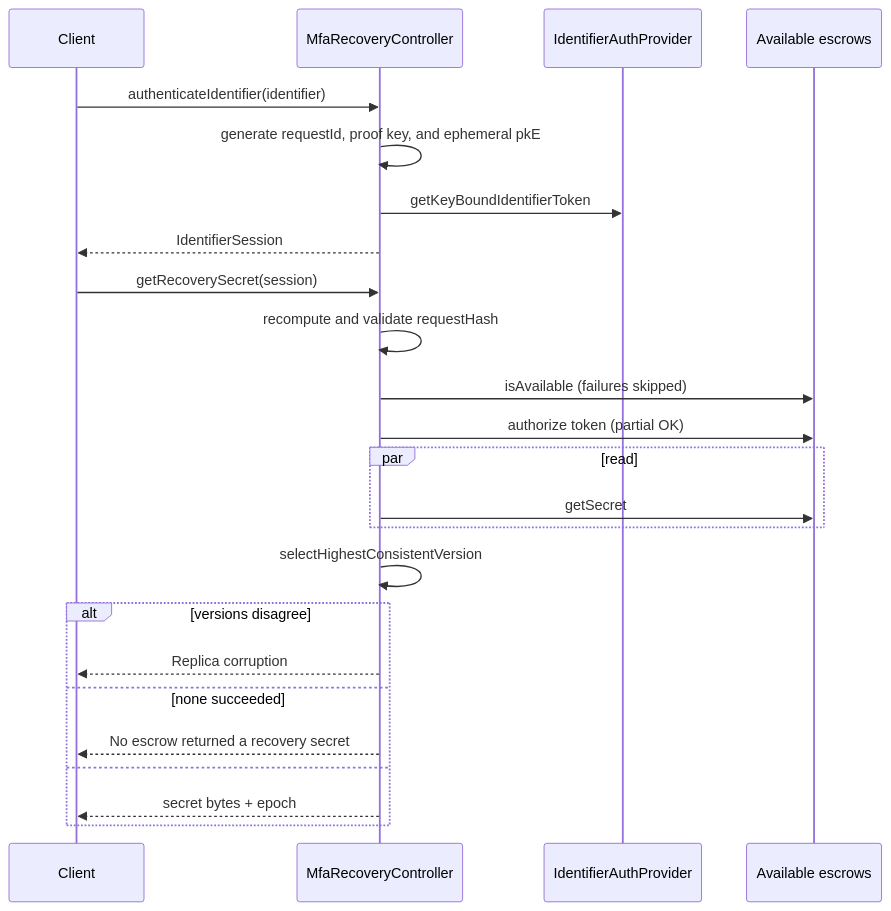
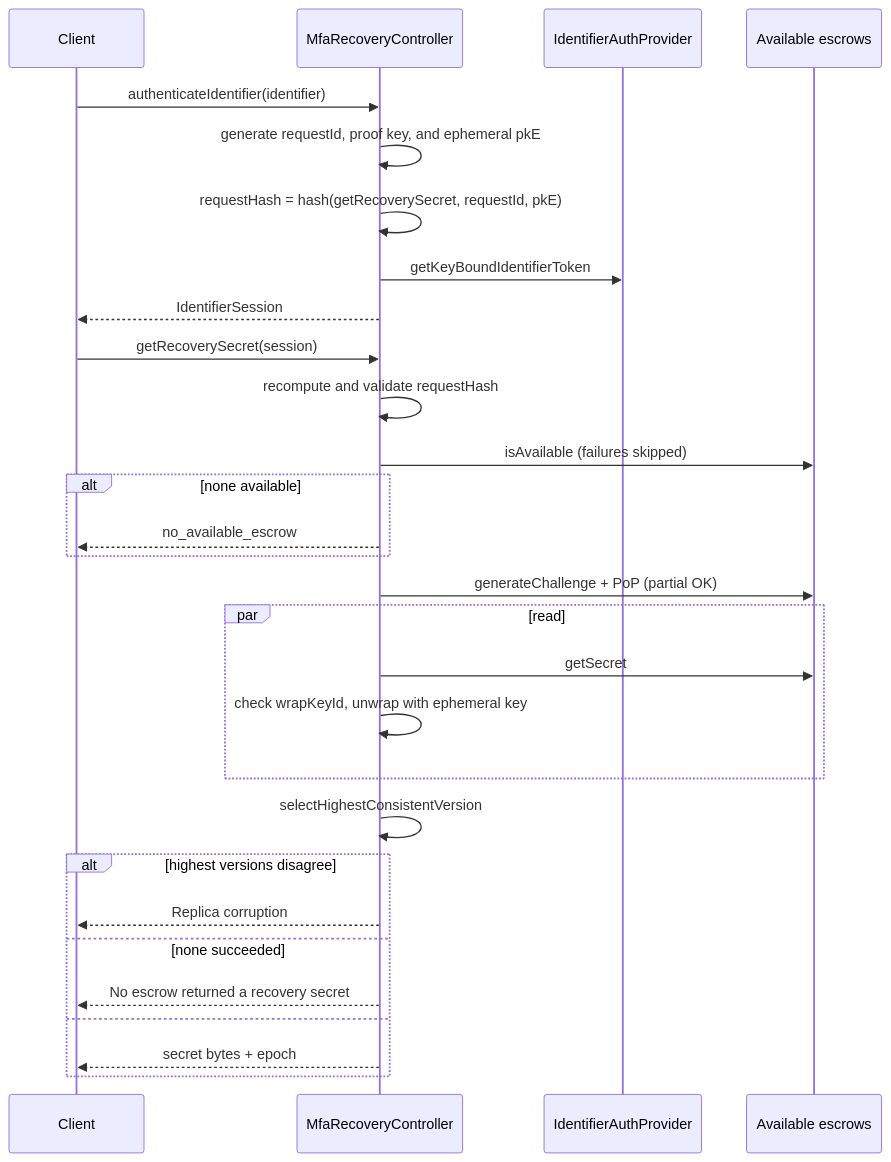
The fifth of 7 diagrams in packages/mfa-recovery-controller/ARCHITECTURE.md (MetaMask/core), drawn with Mermaid before and after one commit. The commit also changed other lines of this file, not shown here.

First line of the commit message:
docs: enhance architecture documentation for mfa-recovery-controller

````diff
--- a/packages/mfa-recovery-controller/ARCHITECTURE.md
+++ b/packages/mfa-recovery-controller/ARCHITECTURE.md
@@ -196,27 +276,32 @@
 ```mermaid
 sequenceDiagram
   participant C as Client
   participant M as MfaRecoveryController
   participant I as IdentifierAuthProvider
   participant E as Available escrows
 
   C->>M: authenticateIdentifier(identifier)
   M->>M: generate requestId, proof key, and ephemeral pkE
+  M->>M: requestHash = hash(getRecoverySecret, requestId, pkE)
   M->>I: getKeyBoundIdentifierToken
   M-->>C: IdentifierSession
   C->>M: getRecoverySecret(session)
   M->>M: recompute and validate requestHash
   M->>E: isAvailable (failures skipped)
-  M->>E: authorize token (partial OK)
+  alt none available
+    M-->>C: no_available_escrow
+  end
+  M->>E: generateChallenge + PoP (partial OK)
   par read
     M->>E: getSecret
+    M->>M: check wrapKeyId, unwrap with ephemeral key
   end
   M->>M: selectHighestConsistentVersion
-  alt versions disagree
+  alt highest versions disagree
     M-->>C: Replica corruption
   else none succeeded
     M-->>C: No escrow returned a recovery secret
   else
     M-->>C: secret bytes + epoch
   end
 ```
````
